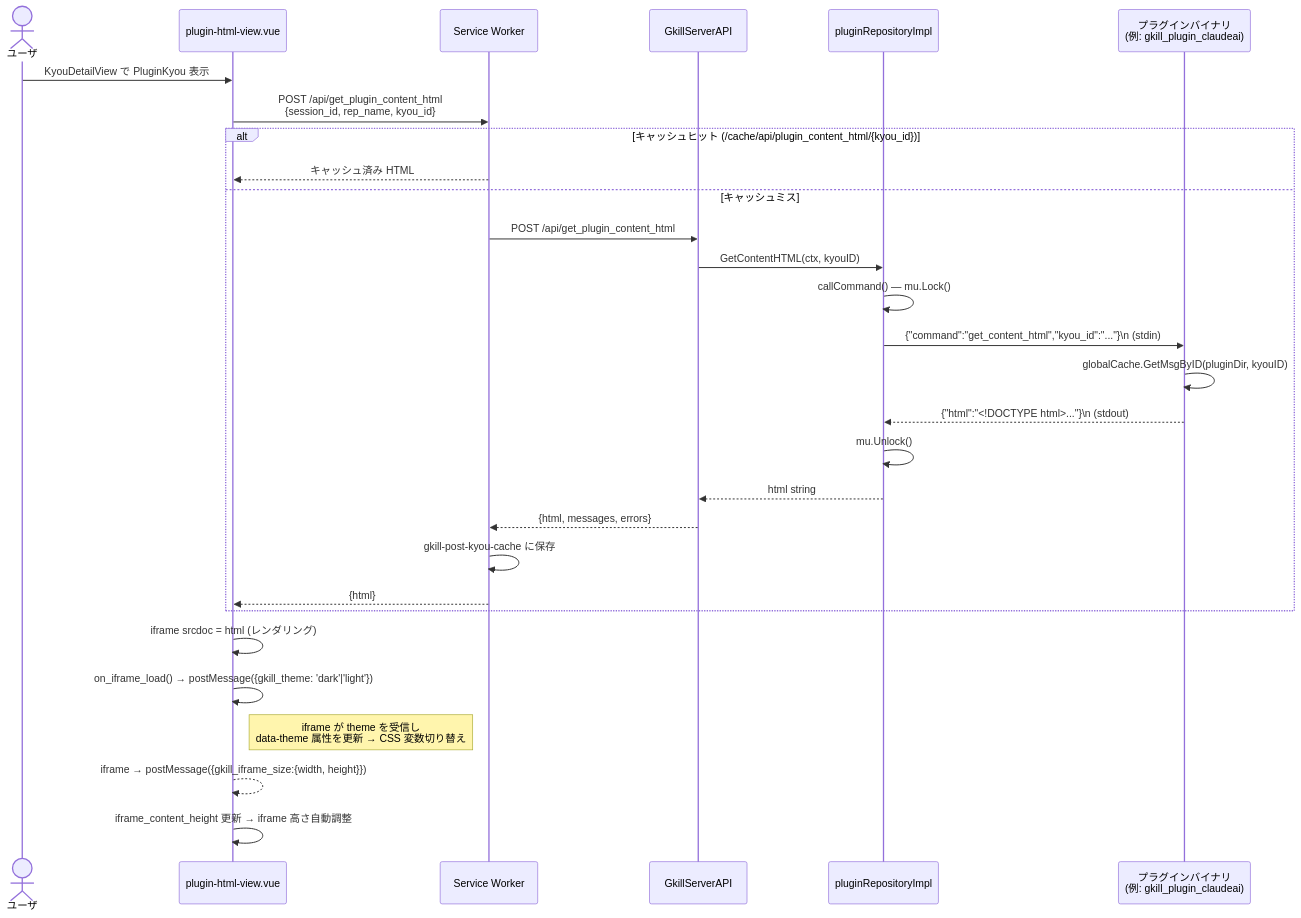
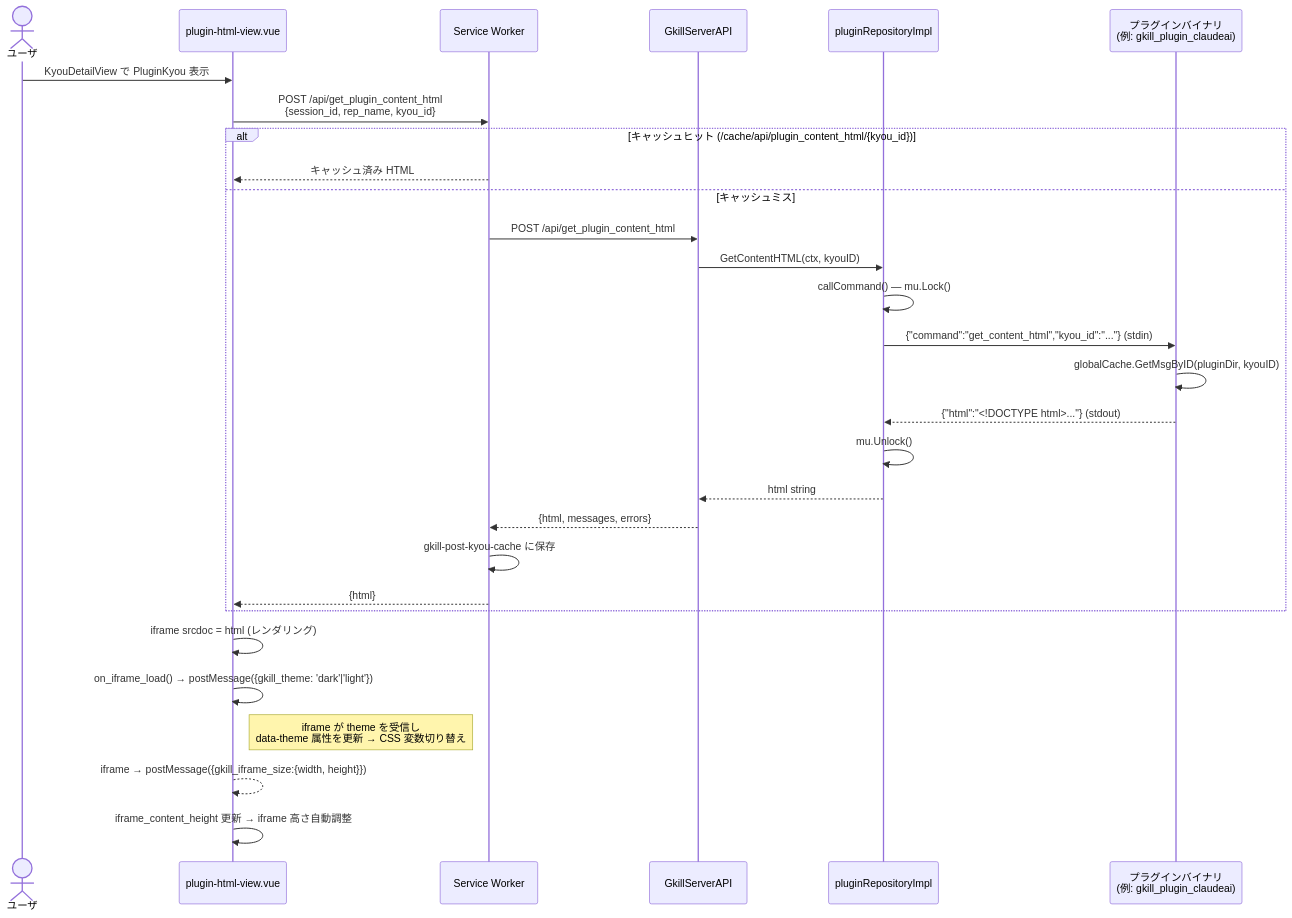
One commit to mt3hr/gkill changed diagram 26 of 27 in documents/reverse/sequence-diagrams.md. Above: the diagram before and after it, drawn with Mermaid. The commit also changed other lines of this file and 40 other files, not shown here.

````diff
--- a/documents/reverse/sequence-diagrams.md
+++ b/documents/reverse/sequence-diagrams.md
@@ -754,32 +754,32 @@
 ```mermaid
 sequenceDiagram
     actor User as ユーザ
     participant UI as plugin-html-view.vue
     participant SW as Service Worker
     participant API as GkillServerAPI
     participant PluginRepo as pluginRepositoryImpl
     participant Plugin as プラグインバイナリ<br>(例: gkill_plugin_claudeai)
 
     User->>UI: KyouDetailView で PluginKyou 表示
     UI->>SW: POST /api/get_plugin_content_html<br>{session_id, rep_name, kyou_id}
     alt キャッシュヒット (/cache/api/plugin_content_html/{kyou_id})
         SW-->>UI: キャッシュ済み HTML
     else キャッシュミス
         SW->>API: POST /api/get_plugin_content_html
         API->>PluginRepo: GetContentHTML(ctx, kyouID)
         PluginRepo->>PluginRepo: callCommand() — mu.Lock()
-        PluginRepo->>Plugin: {"command":"get_content_html","kyou_id":"..."}\n (stdin)
+        PluginRepo->>Plugin: {"command":"get_content_html","kyou_id":"..."} (stdin)
         Plugin->>Plugin: globalCache.GetMsgByID(pluginDir, kyouID)
-        Plugin-->>PluginRepo: {"html":"<!DOCTYPE html>..."}\n (stdout)
+        Plugin-->>PluginRepo: {"html":"<!DOCTYPE html>..."} (stdout)
         PluginRepo->>PluginRepo: mu.Unlock()
         PluginRepo-->>API: html string
         API-->>SW: {html, messages, errors}
         SW->>SW: gkill-post-kyou-cache に保存
         SW-->>UI: {html}
     end
     UI->>UI: iframe srcdoc = html (レンダリング)
     UI->>UI: on_iframe_load() → postMessage({gkill_theme: 'dark'|'light'})
     Note right of UI: iframe が theme を受信し<br>data-theme 属性を更新 → CSS 変数切り替え
     UI-->>UI: iframe → postMessage({gkill_iframe_size:{width, height}})
     UI->>UI: iframe_content_height 更新 → iframe 高さ自動調整
 ```
````
